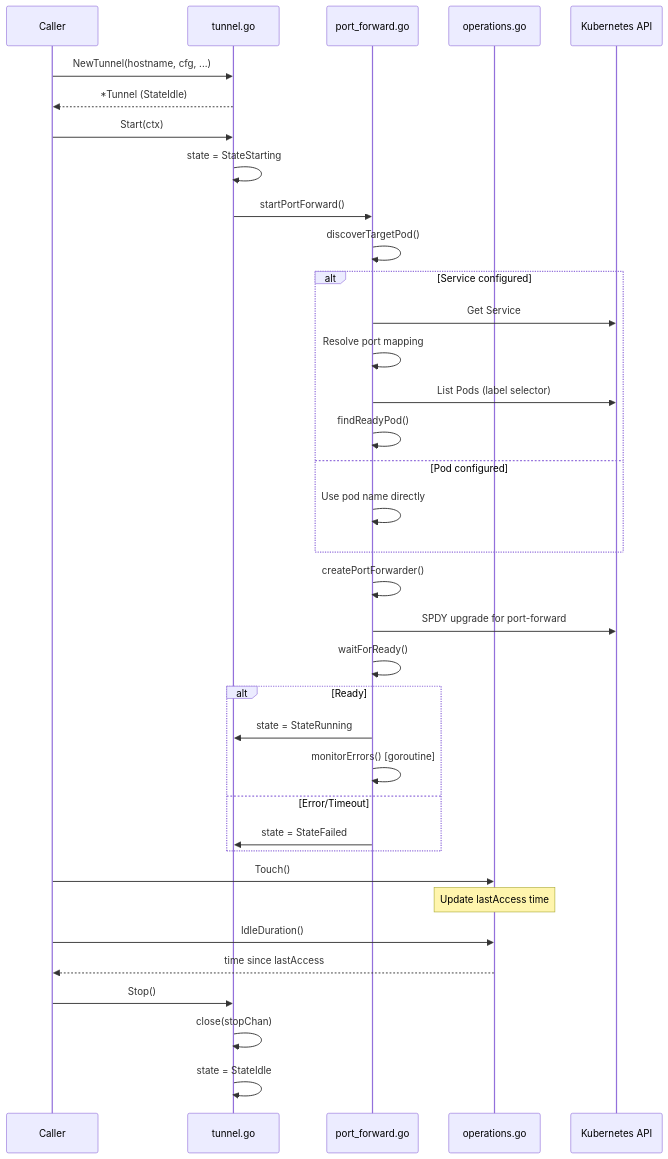
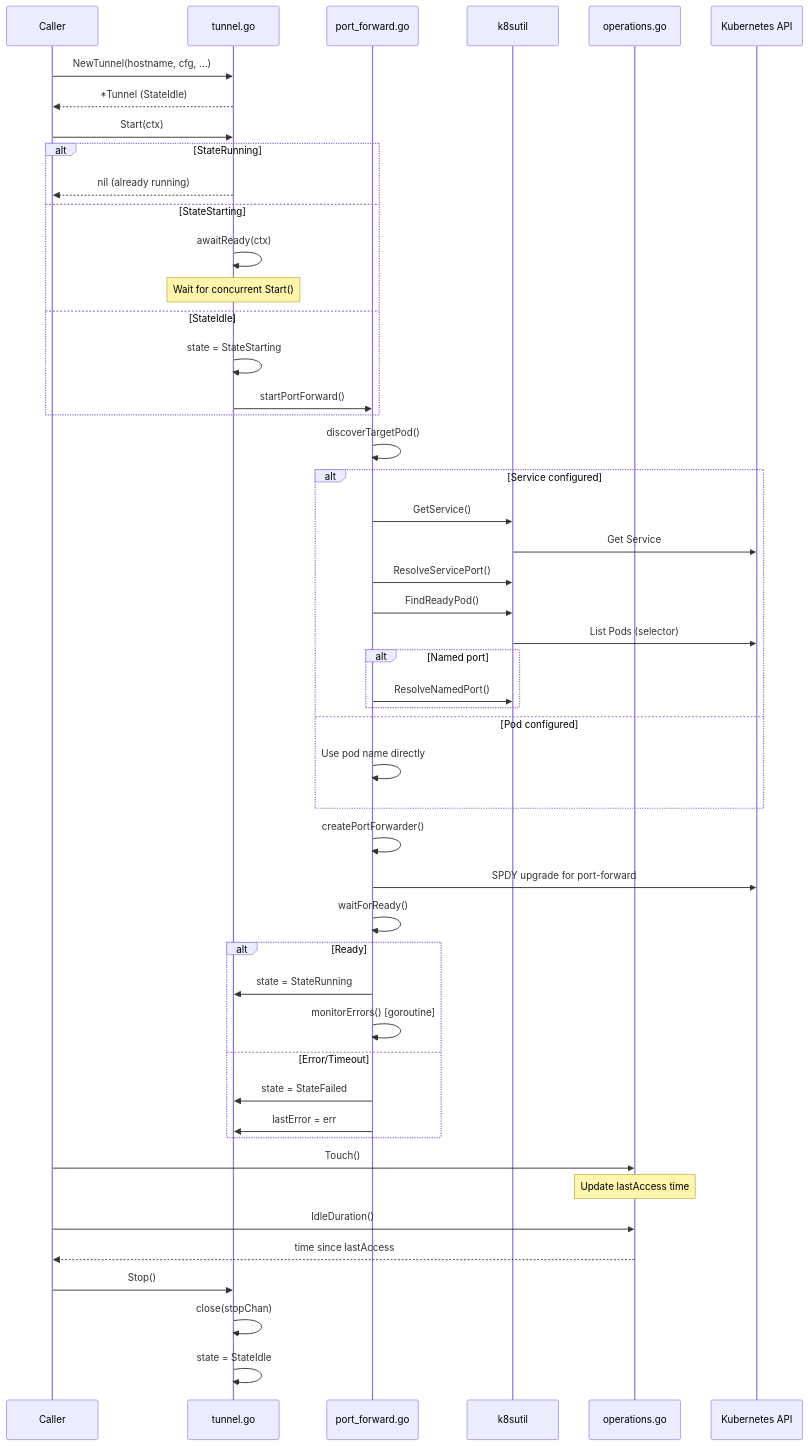
The eighth of 11 diagrams in internal/README.md (atas/autotunnel), drawn with Mermaid before and after one commit. The commit also changed other lines of this file, not shown here.

````diff
--- a/internal/README.md
+++ b/internal/README.md
@@ -294,46 +294,59 @@
 ```mermaid
 sequenceDiagram
     participant caller as Caller
     participant tun as tunnel.go
     participant pf as port_forward.go
+    participant k8sutil as k8sutil
     participant ops as operations.go
     participant k8s as Kubernetes API
 
     caller->>tun: NewTunnel(hostname, cfg, ...)
     tun-->>caller: *Tunnel (StateIdle)
 
     caller->>tun: Start(ctx)
-    tun->>tun: state = StateStarting
-    tun->>pf: startPortForward()
+    alt StateRunning
+        tun-->>caller: nil (already running)
+    else StateStarting
+        tun->>tun: awaitReady(ctx)
+        Note over tun: Wait for concurrent Start()
+    else StateIdle
+        tun->>tun: state = StateStarting
+        tun->>pf: startPortForward()
+    end
 
     pf->>pf: discoverTargetPod()
     alt Service configured
-        pf->>k8s: Get Service
-        pf->>pf: Resolve port mapping
-        pf->>k8s: List Pods (label selector)
-        pf->>pf: findReadyPod()
+        pf->>k8sutil: GetService()
+        k8sutil->>k8s: Get Service
+        pf->>k8sutil: ResolveServicePort()
+        pf->>k8sutil: FindReadyPod()
+        k8sutil->>k8s: List Pods (selector)
+        alt Named port
+            pf->>k8sutil: ResolveNamedPort()
+        end
     else Pod configured
         pf->>pf: Use pod name directly
     end
 
     pf->>pf: createPortForwarder()
     pf->>k8s: SPDY upgrade for port-forward
     pf->>pf: waitForReady()
 
     alt Ready
         pf->>tun: state = StateRunning
         pf->>pf: monitorErrors() [goroutine]
     else Error/Timeout
         pf->>tun: state = StateFailed
+        pf->>tun: lastError = err
     end
 
     caller->>ops: Touch()
     Note over ops: Update lastAccess time
 
     caller->>ops: IdleDuration()
     ops-->>caller: time since lastAccess
 
     caller->>tun: Stop()
     tun->>tun: close(stopChan)
     tun->>tun: state = StateIdle
 ```
````
